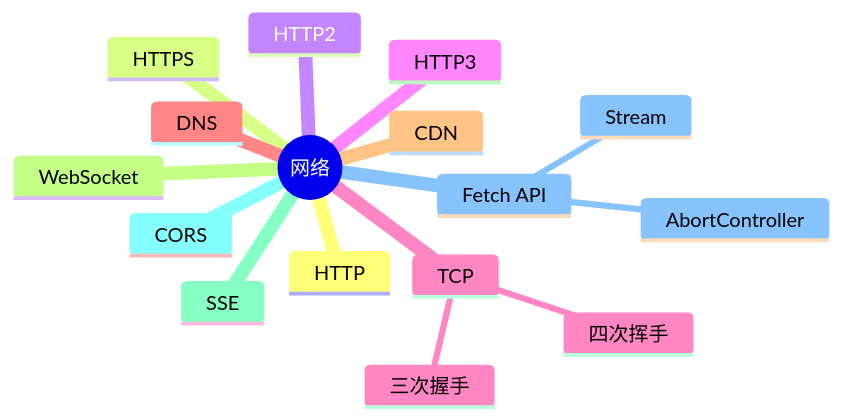
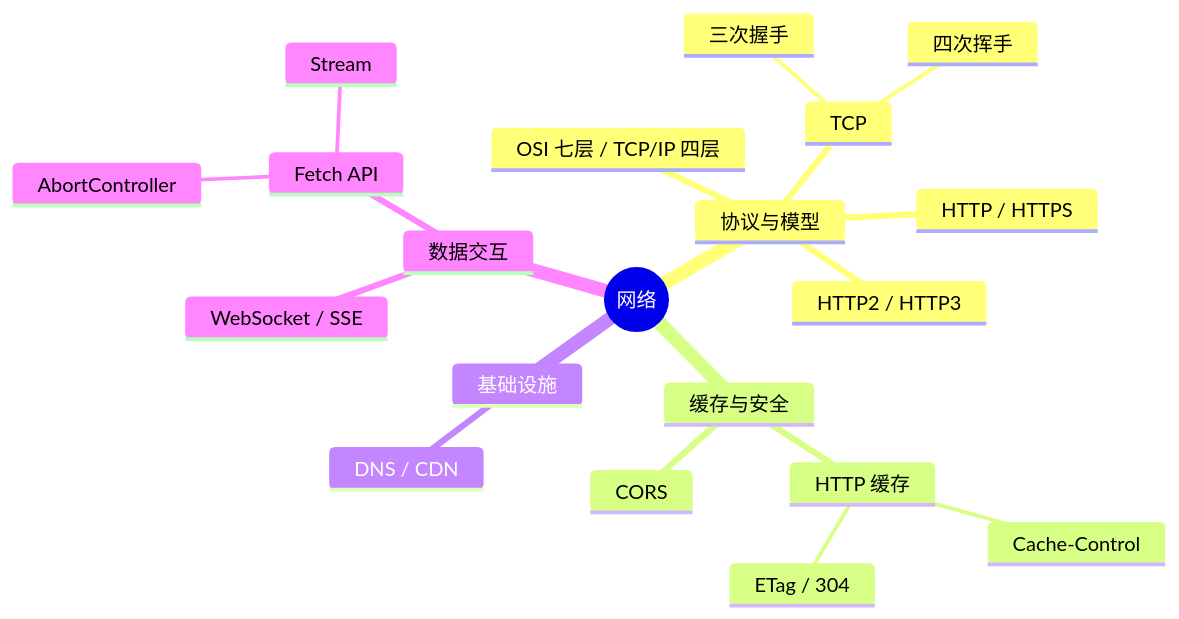
One commit to zjh42139/interview-notes changed the diagram in docs/网络/index.md. Above: the diagram before and after it, drawn with Mermaid. The commit also changed other lines of this file and 9 other files, not shown here.

Commit message:
feat: 网络模块覆盖率补强——+2知识文件+2回答稿+mindmap四组重排+题库补Q14

````diff
--- a/docs/网络/index.md
+++ b/docs/网络/index.md
@@ -9,19 +9,23 @@
 ```mermaid
 mindmap
   root((网络))
-    HTTP
-    HTTPS
-    HTTP2
-    HTTP3
-    TCP
-      三次握手
-      四次挥手
-    DNS
-    CDN
-    WebSocket
-    SSE
-    CORS
-    Fetch API
-      AbortController
-      Stream
+    协议与模型
+      OSI 七层 / TCP/IP 四层
+      TCP
+        三次握手
+        四次挥手
+      HTTP / HTTPS
+      HTTP2 / HTTP3
+    缓存与安全
+      HTTP 缓存
+        Cache-Control
+        ETag / 304
+      CORS
+    基础设施
+      DNS / CDN
+    数据交互
+      WebSocket / SSE
+      Fetch API
+        AbortController
+        Stream
 ```
````
